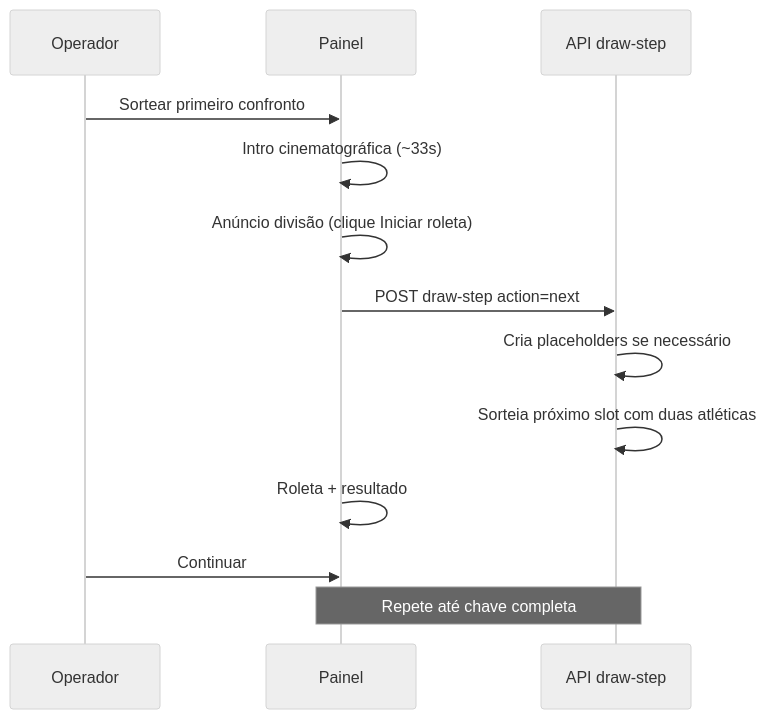
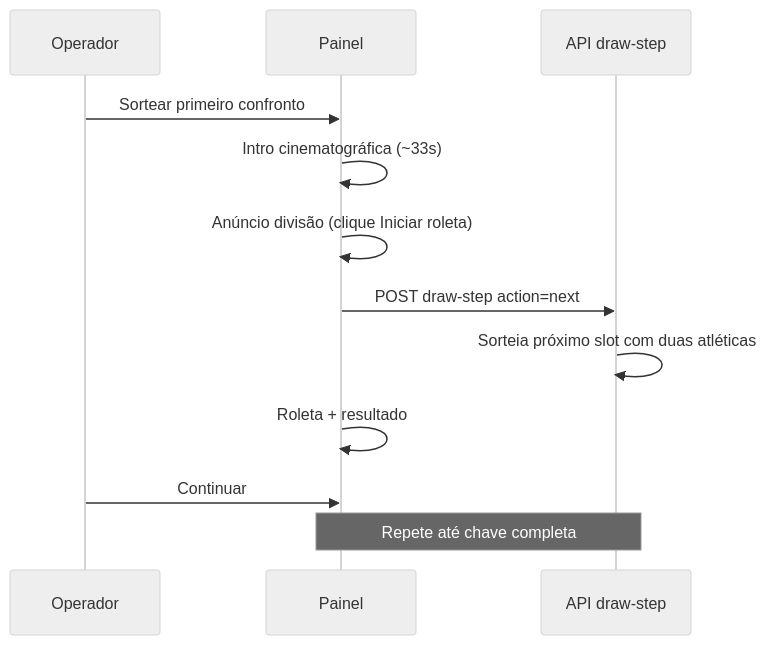
One commit to inboundmarketing-spec/CHAMAa changed the second of 2 diagrams in docs/chaveamento.md. Above: the diagram before and after it, drawn with Mermaid (neutral theme). The commit also changed other lines of this file and 16 other files, not shown here.

````diff
--- a/docs/chaveamento.md
+++ b/docs/chaveamento.md
@@ -112,16 +112,15 @@
 ```mermaid
 sequenceDiagram
   participant Op as Operador
   participant UI as Painel
   participant API as API draw-step
 
   Op->>UI: Sortear primeiro confronto
   UI->>UI: Intro cinematográfica (~33s)
   UI->>UI: Anúncio divisão (clique Iniciar roleta)
   UI->>API: POST draw-step action=next
-  API->>API: Cria placeholders se necessário
   API->>API: Sorteia próximo slot com duas atléticas
   UI->>UI: Roleta + resultado
   Op->>UI: Continuar
   Note over UI,API: Repete até chave completa
 ```
````
